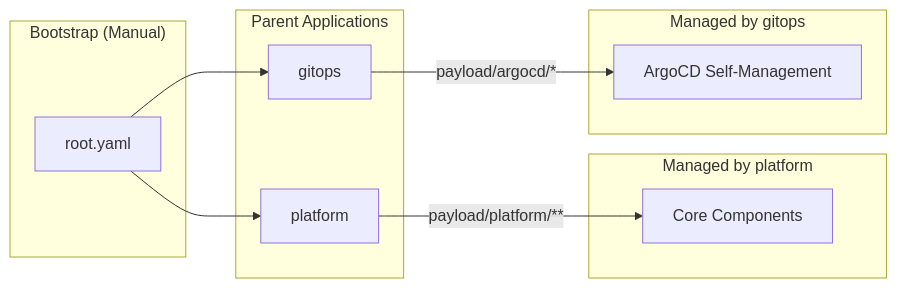
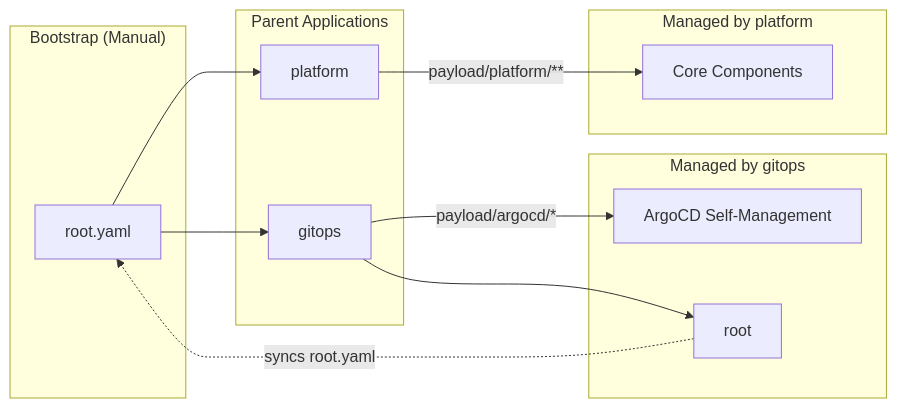
One commit to JanWelker/homelab changed the first of 2 diagrams in docs/architecture/gitops.md. Above: the diagram before and after it, drawn with Mermaid. The commit also changed other lines of this file and 3 other files, not shown here.

First line of the commit message:
feat(argocd): let ArgoCD sync root.yaml after bootstrap

````diff
--- a/docs/architecture/gitops.md
+++ b/docs/architecture/gitops.md
@@ -22,19 +25,21 @@
 ```mermaid
 flowchart LR
     subgraph "Bootstrap (Manual)"
         RA[root.yaml]
     end
 
     subgraph "Parent Applications"
         RA --> PL[platform]
         RA --> GO[gitops]
     end
 
     subgraph "Managed by platform"
         PL --> |"payload/platform/**"| INFRA[Core Components]
     end
 
     subgraph "Managed by gitops"
         GO --> |"payload/argocd/*"| ARGO[ArgoCD Self-Management]
+        GO --> RT[root]
+        RT -. "syncs root.yaml" .-> RA
     end
 ```
````
